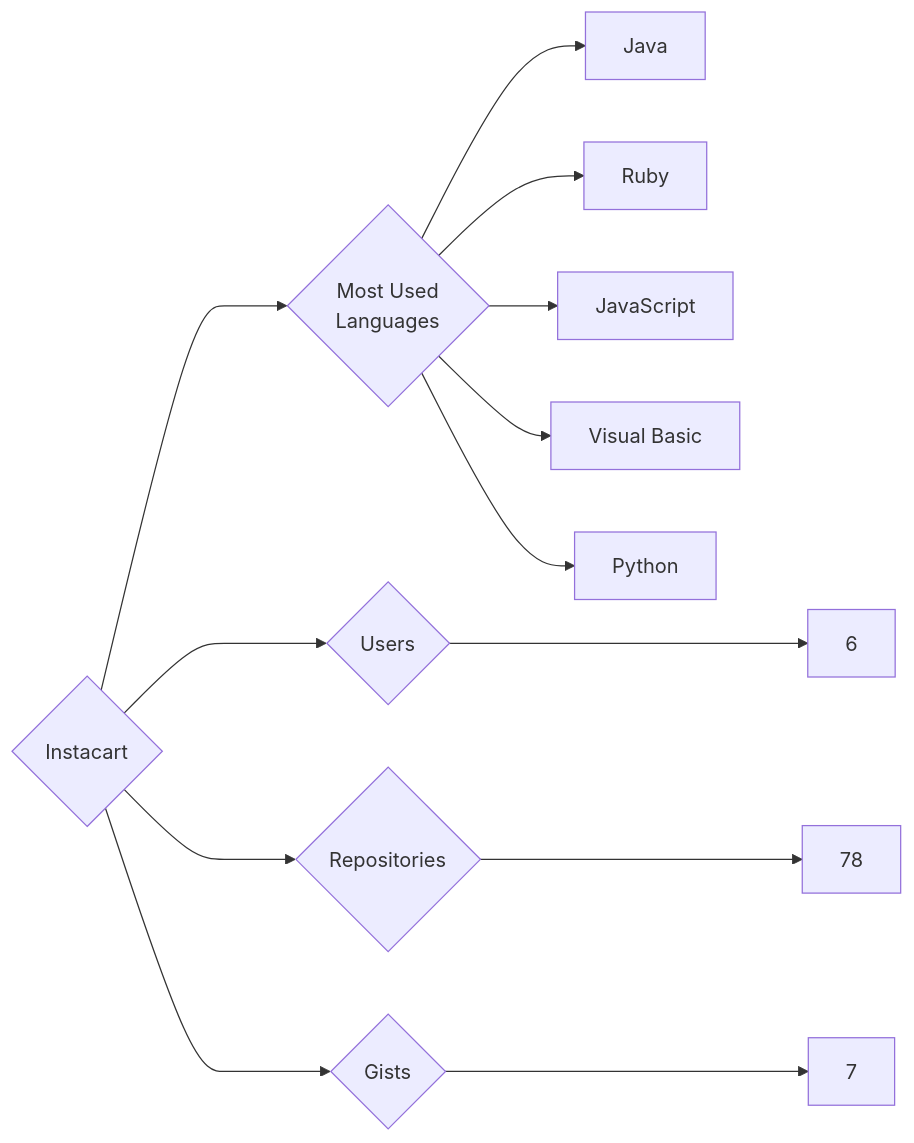
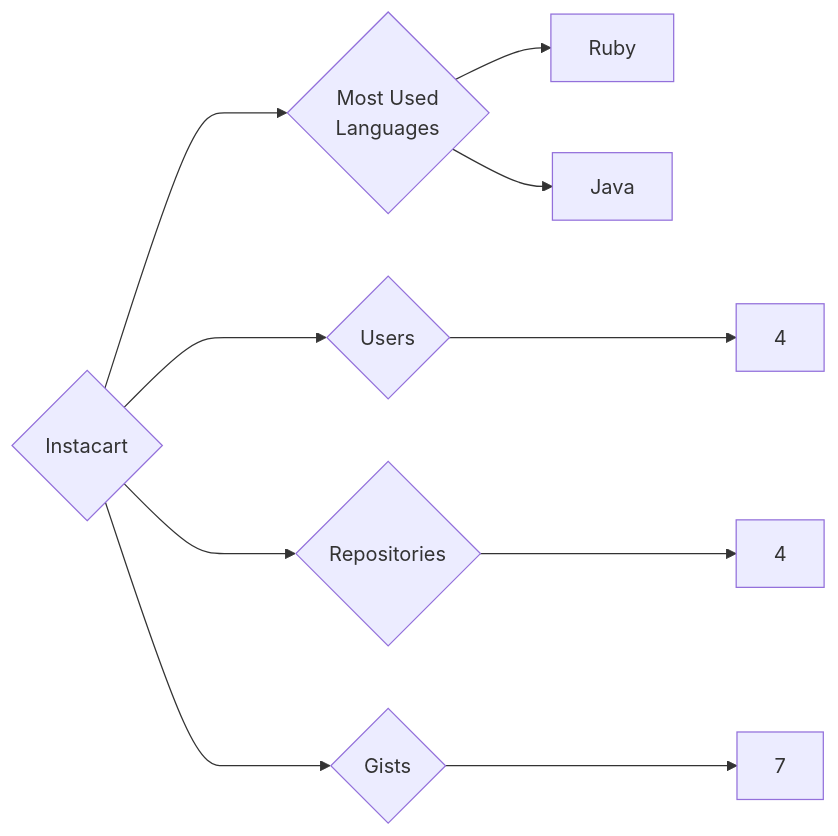
Before and after one commit to trickest/insiders: the diagram in targets/Instacart/README.md, drawn with Mermaid. The commit also changed 993 other files, not shown here.

````diff
--- a/targets/Instacart/README.md
+++ b/targets/Instacart/README.md
@@ -3,13 +3,10 @@
 ```mermaid
 graph LR
 COMPANY_NAME{Instacart}
-COMPANY_NAME ---> U{Users} ---> UN[6]
-COMPANY_NAME ---> R{Repositories} ---> RN[78]
+COMPANY_NAME ---> U{Users} ---> UN[4]
+COMPANY_NAME ---> R{Repositories} ---> RN[4]
 COMPANY_NAME ---> G{Gists} ---> GN[7]
 COMPANY_NAME ---> ML{Most Used<br>Languages}
+ML --> Ruby[Ruby]
 ML --> Java[Java]
-ML --> Ruby[Ruby]
-ML --> JavaScript[JavaScript]
-ML --> Visual_Basic[Visual Basic]
-ML --> Python[Python]
 ```
````
